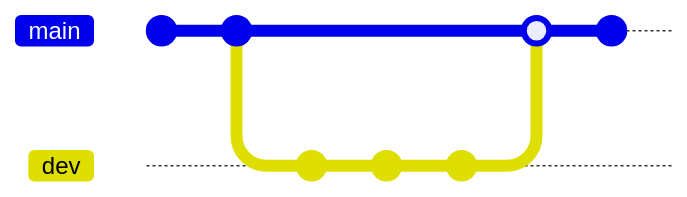
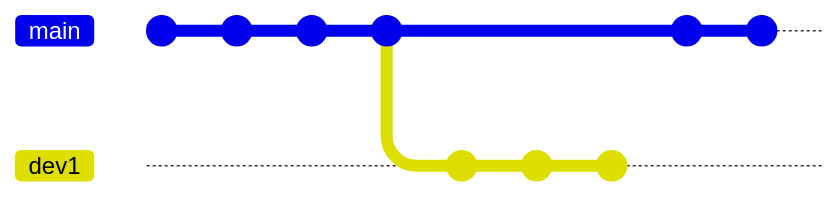
One commit to Koll3g/Rezeptbuch changed the diagram in graph.md. Above: the diagram before and after it, drawn with Mermaid. Commit ids are hidden.

Commit message:
update graph

````diff
--- a/graph.md
+++ b/graph.md
@@ -1,14 +1,15 @@
 ```mermaid
 gitGraph
     commit
     commit
-    branch dev
-    checkout dev
+    commit
+    commit
+    branch dev1
+    checkout dev1
     commit
     commit
     commit
     checkout main
-    merge dev
     commit
-    checkout dev
+    commit
 ```
````
